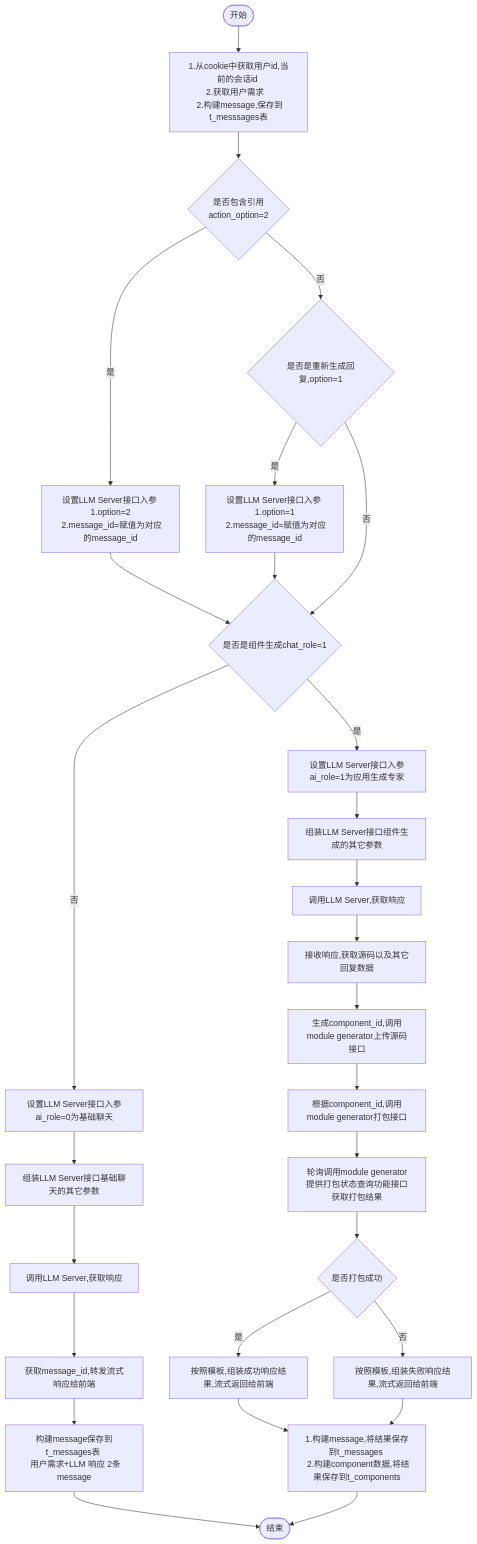
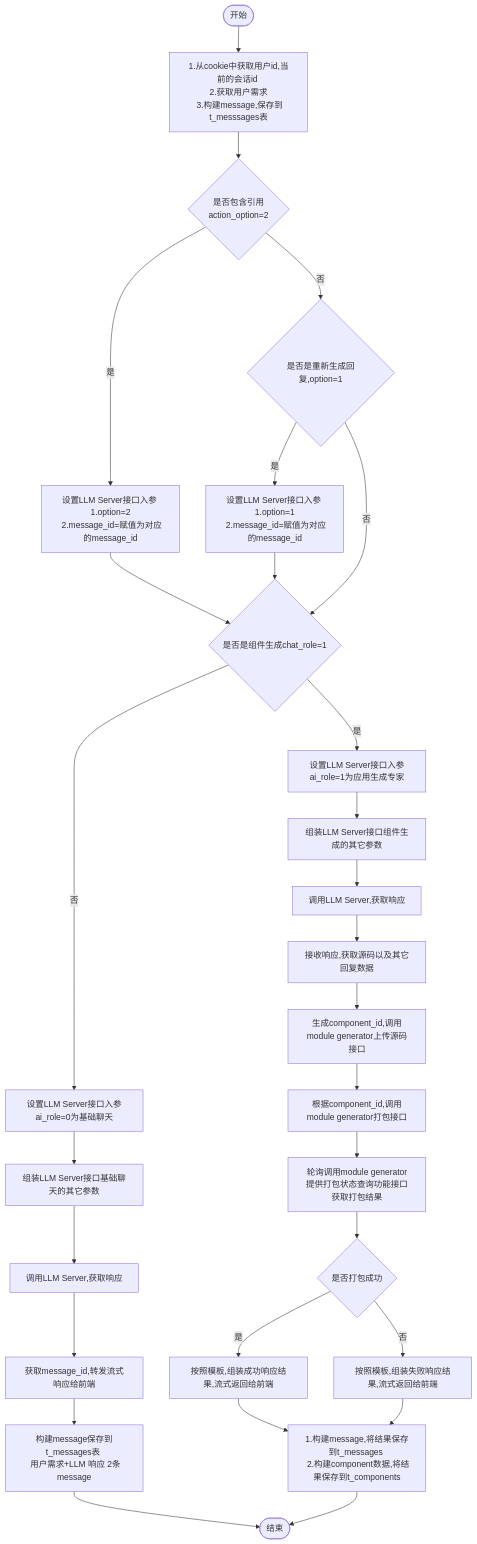
Before and after one commit to yingjianzh/iodraw-files: the diagram in all/w3-会话-不需要传递message.md, drawn with Mermaid.

Commit message:
2024-10-15 14:22:00 update

````diff
--- a/all/w3-会话-不需要传递message.md
+++ b/all/w3-会话-不需要传递message.md
@@ -1,34 +1,34 @@
 ```mermaid
 flowchart TD
-    A([开始]) --> B[1.从cookie中获取用户id,当前的会话id \n 2.获取用户需求    \n 2.构建message,保存到t_messsages表]
+    A([开始]) --> B[1.从cookie中获取用户id,当前的会话id \n 2.获取用户需求 \n 3.构建message,保存到t_messsages表]
     B--> D{是否包含引用 \n action_option=2}
     D -- 是 --> E[设置LLM Server接口入参 \n 1.option=2 \n 2.message_id=赋值为对应的message_id]
     D -- 否 --> F{是否是重新生成回复,option=1}
     F -- 是 --> G[设置LLM Server接口入参 \n 1.option=1 \n 2.message_id=赋值为对应的message_id]
     F -- 否 --> I
      
     E & G --> I{是否是组件生成chat_role=1}
     I -- 否 --> K[设置LLM Server接口入参ai_role=0为基础聊天]
     I -- 是 --> J[设置LLM Server接口入参ai_role=1为应用生成专家]
     
 
     J --> L[组装LLM Server接口组件生成的其它参数]    
     K --> M[组装LLM Server接口基础聊天的其它参数]    
     M --> N[调用LLM Server,获取响应]    
     N --> O[获取message_id,转发流式响应给前端]
     O --> P[构建message保存到t_messages表 \n 用户需求+LLM 响应 2条message]
     P --> R([结束])
 
 
     L --> S[调用LLM Server,获取响应]
     S --> T[接收响应,获取源码以及其它回复数据]
     T --> U[生成component_id,调用module generator上传源码接口]
     U --> V[根据component_id,调用module generator打包接口]
     V --> W[轮询调用module generator提供打包状态查询功能接口获取打包结果]
     W --> X{是否打包成功}
     X -- 是 --> Y[按照模板,组装成功响应结果,流式返回给前端]
     X -- 否 --> Z[按照模板,组装失败响应结果,流式返回给前端]
 
     Y & Z --> Result[1.构建message,将结果保存到t_messages \n 2.构建component数据,将结果保存到t_components]
     Result --> R
 ```
````
